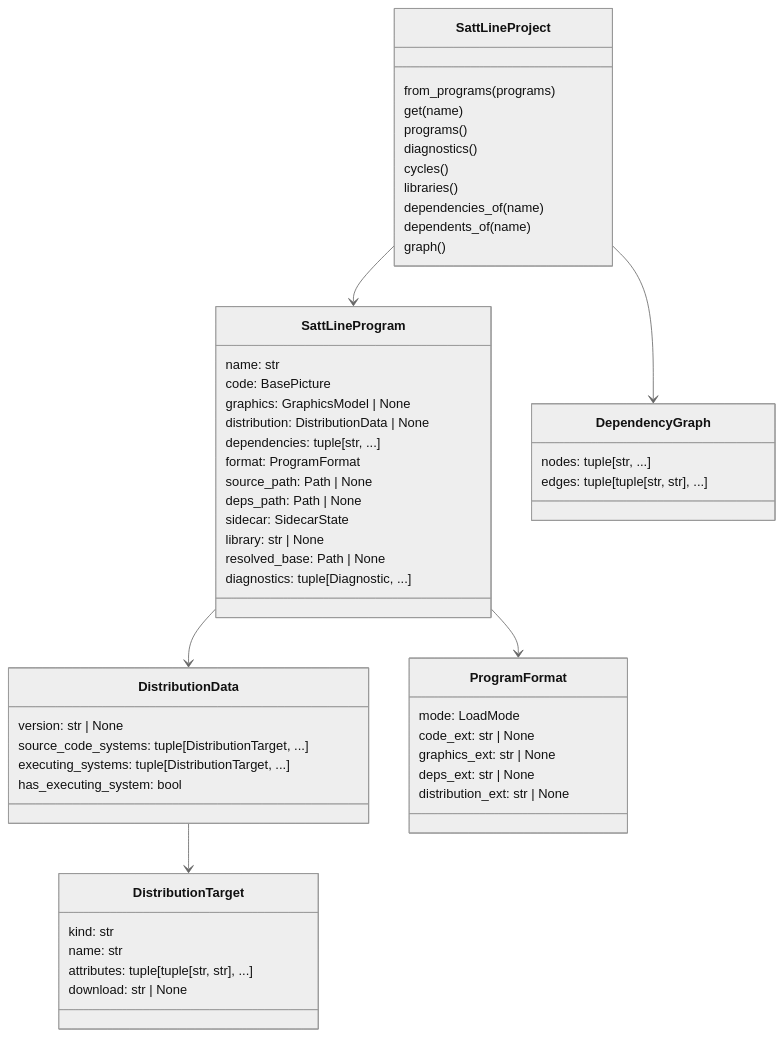
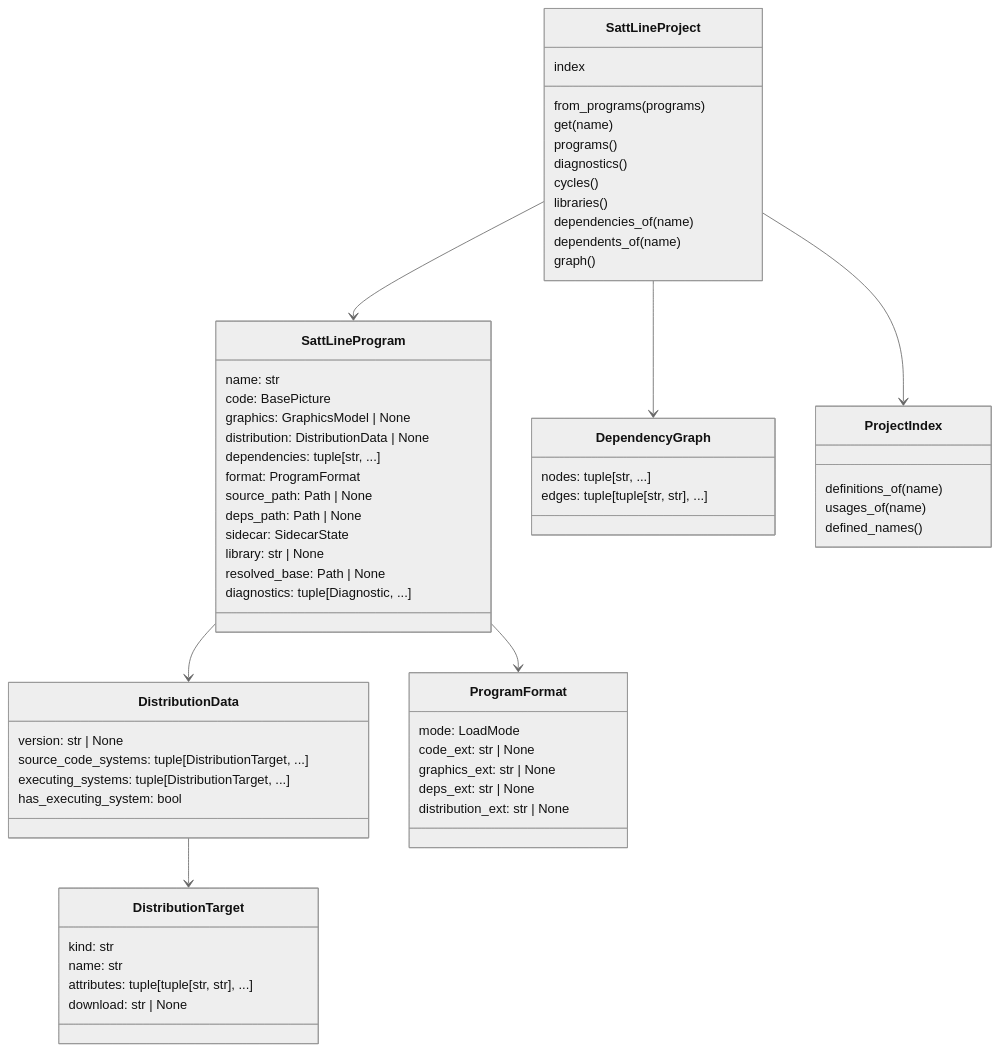
The sixth of 8 diagrams in docs/project.md (SorenHJohansen/sattline-parser), drawn with Mermaid (neutral theme) before and after one commit. The commit also changed other lines of this file and 79 other files, not shown here.

````diff
--- a/docs/project.md
+++ b/docs/project.md
@@ -306,57 +341,64 @@
 ```mermaid
 classDiagram
     class SattLineProject {
         from_programs(programs)
         get(name)
         programs()
         diagnostics()
         cycles()
         libraries()
         dependencies_of(name)
         dependents_of(name)
         graph()
+        index
     }
     class SattLineProgram {
         name: str
         code: BasePicture
         graphics: GraphicsModel | None
         distribution: DistributionData | None
         dependencies: tuple[str, ...]
         format: ProgramFormat
         source_path: Path | None
         deps_path: Path | None
         sidecar: SidecarState
         library: str | None
         resolved_base: Path | None
         diagnostics: tuple[Diagnostic, ...]
     }
     class DistributionData {
         version: str | None
         source_code_systems: tuple[DistributionTarget, ...]
         executing_systems: tuple[DistributionTarget, ...]
         has_executing_system: bool
     }
     class DistributionTarget {
         kind: str
         name: str
         attributes: tuple[tuple[str, str], ...]
         download: str | None
     }
     class DependencyGraph {
         nodes: tuple[str, ...]
         edges: tuple[tuple[str, str], ...]
     }
+    class ProjectIndex {
+        definitions_of(name)
+        usages_of(name)
+        defined_names()
+    }
     class ProgramFormat {
         mode: LoadMode
         code_ext: str | None
         graphics_ext: str | None
         deps_ext: str | None
         distribution_ext: str | None
     }
 
     SattLineProject --> SattLineProgram
     SattLineProject --> DependencyGraph
+    SattLineProject --> ProjectIndex
     SattLineProgram --> ProgramFormat
     SattLineProgram --> DistributionData
     DistributionData --> DistributionTarget
 ```
````
